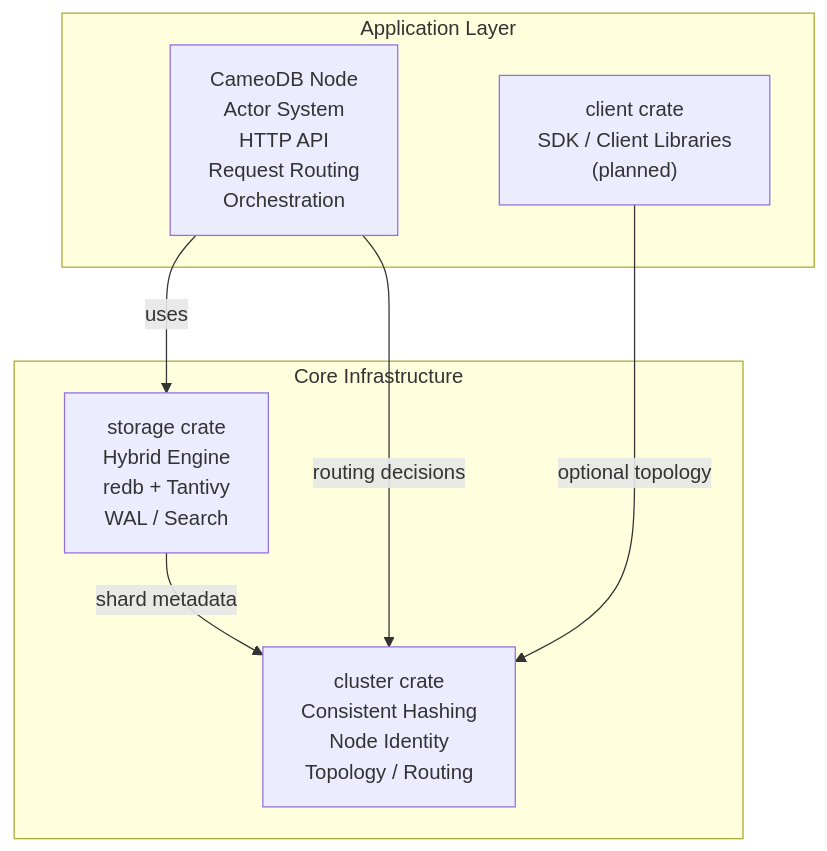
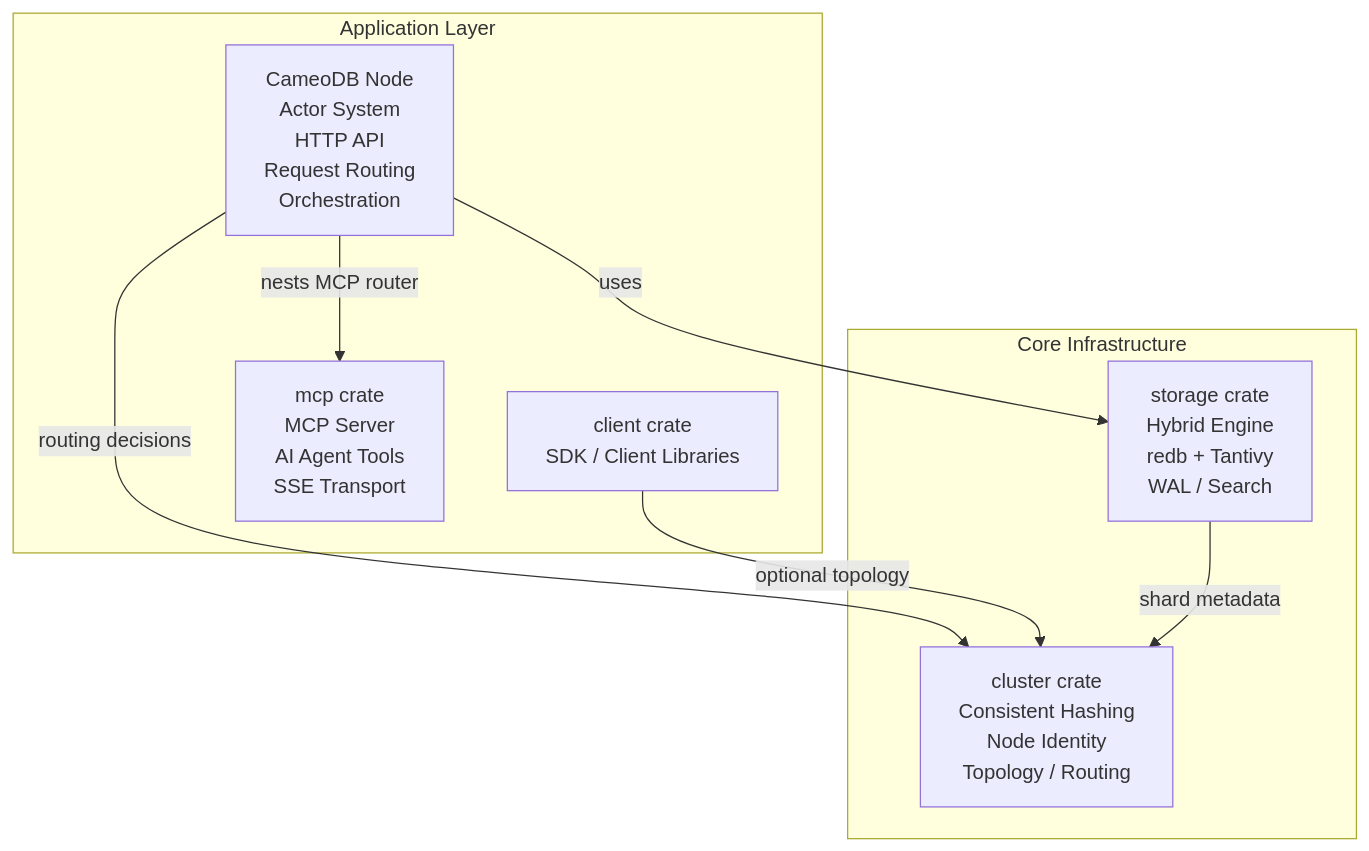
Before and after one commit to cameodb/cameodb: the second of 2 diagrams in docs/ARCHITECTURE.md, drawn with Mermaid. The commit also changed other lines of this file and 8 other files, not shown here.

First line of the commit message:
docs: update project rules and architecture docs to reflect current state

````diff
--- a/docs/ARCHITECTURE.md
+++ b/docs/ARCHITECTURE.md
@@ -282,17 +282,19 @@
 ```mermaid
 flowchart TB
     subgraph Application["Application Layer"]
         Server["CameoDB Node<br/>Actor System<br/>HTTP API<br/>Request Routing<br/>Orchestration"]
-        Client["client crate<br/>SDK / Client Libraries<br/>(planned)"]
+        Client["client crate<br/>SDK / Client Libraries"]
+        Mcp["mcp crate<br/>MCP Server<br/>AI Agent Tools<br/>SSE Transport"]
     end
 
     subgraph Core["Core Infrastructure"]
         Storage["storage crate<br/>Hybrid Engine<br/>redb + Tantivy<br/>WAL / Search"]
         Cluster["cluster crate<br/>Consistent Hashing<br/>Node Identity<br/>Topology / Routing"]
     end
 
     Server -->|uses| Storage
     Server -->|routing decisions| Cluster
+    Server -->|nests MCP router| Mcp
     Client -->|optional topology| Cluster
     Storage -->|shard metadata| Cluster
 ```
````
